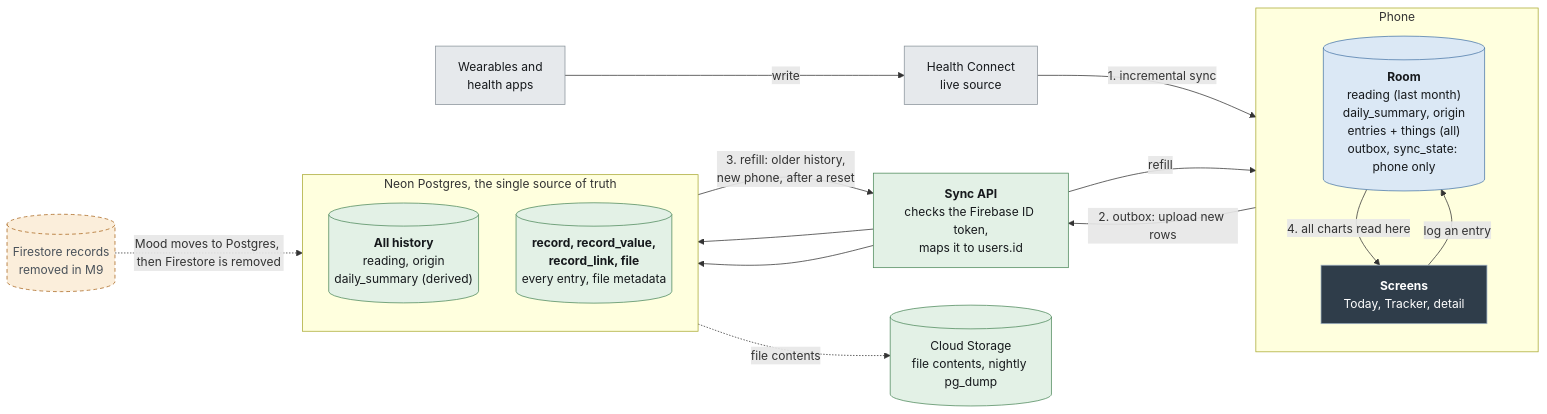
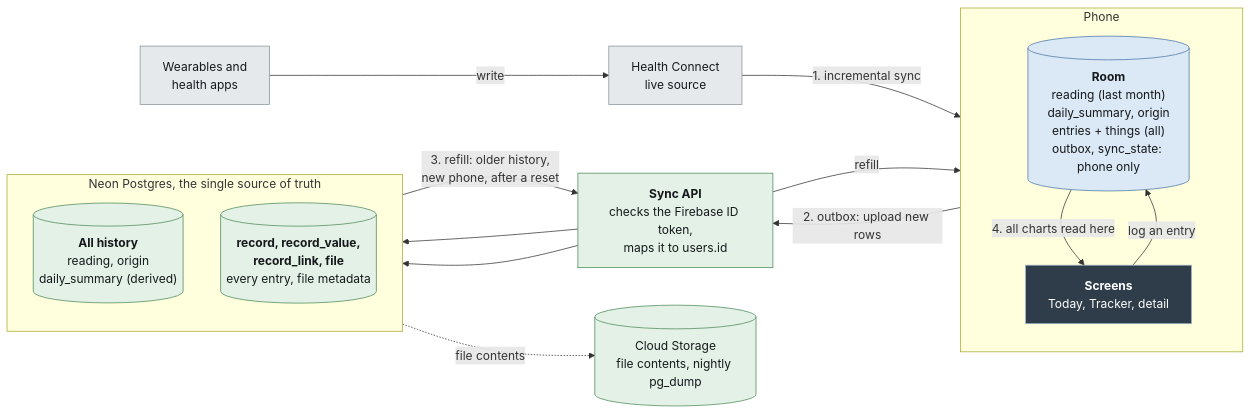
Before and after one commit to Laul/LauWell: the diagram in docs/architecture/backend/db-schema/schema-flow.mmd, drawn with Mermaid. The commit also changed 6 other files, not shown here.

First line of the commit message:
[docs] Docs match the Postgres architecture: schema built, Firestore gone

```diff
--- a/docs/architecture/backend/db-schema/schema-flow.mmd
+++ b/docs/architecture/backend/db-schema/schema-flow.mmd
@@ -1,38 +1,36 @@
 flowchart LR
   classDef ext fill:#e6e9ec,stroke:#8a939b,color:#16191C
   classDef room fill:#dbe8f5,stroke:#4b78a8,color:#16191C
   classDef cloud fill:#e3f1e6,stroke:#4f8a5c,color:#16191C
   classDef app fill:#2f3d4a,stroke:#9fb2c4,color:#ffffff
   classDef old fill:#fbeedb,stroke:#a8641a,color:#4a525a,stroke-dasharray:5 4
 
   W["Wearables and<br/>health apps"]:::ext
   HC["Health Connect<br/>live source"]:::ext
 
   subgraph PHONE["Phone"]
     direction TB
     ROOM[("<b>Room</b><br/>reading (last month)<br/>daily_summary, origin<br/>entries + things (all)<br/>outbox, sync_state: phone only")]:::room
     SCR["<b>Screens</b><br/>Today, Tracker, detail"]:::app
   end
 
   API["<b>Sync API</b><br/>checks the Firebase ID token,<br/>maps it to users.id"]:::cloud
 
   subgraph CLOUD["Neon Postgres, the single source of truth"]
     direction TB
     DB[("<b>All history</b><br/>reading, origin<br/>daily_summary (derived)")]:::cloud
     REC[("<b>record, record_value,<br/>record_link, file</b><br/>every entry, file metadata")]:::cloud
   end
 
   GCS[("Cloud Storage<br/>file contents, nightly pg_dump")]:::cloud
-  FS[("Firestore records<br/>removed in M9")]:::old
 
   W -->|"write"| HC
   HC -->|"1. incremental sync"| ROOM
   SCR -->|"log an entry"| ROOM
   ROOM -->|"2. outbox: upload new rows"| API
   API --> DB
   API --> REC
   DB -->|"3. refill: older history,<br/>new phone, after a reset"| API
   API -->|"refill"| ROOM
   ROOM -->|"4. all charts read here"| SCR
   REC -.->|"file contents"| GCS
-  FS -.->|"Mood moves to Postgres, then Firestore is removed"| REC
```
